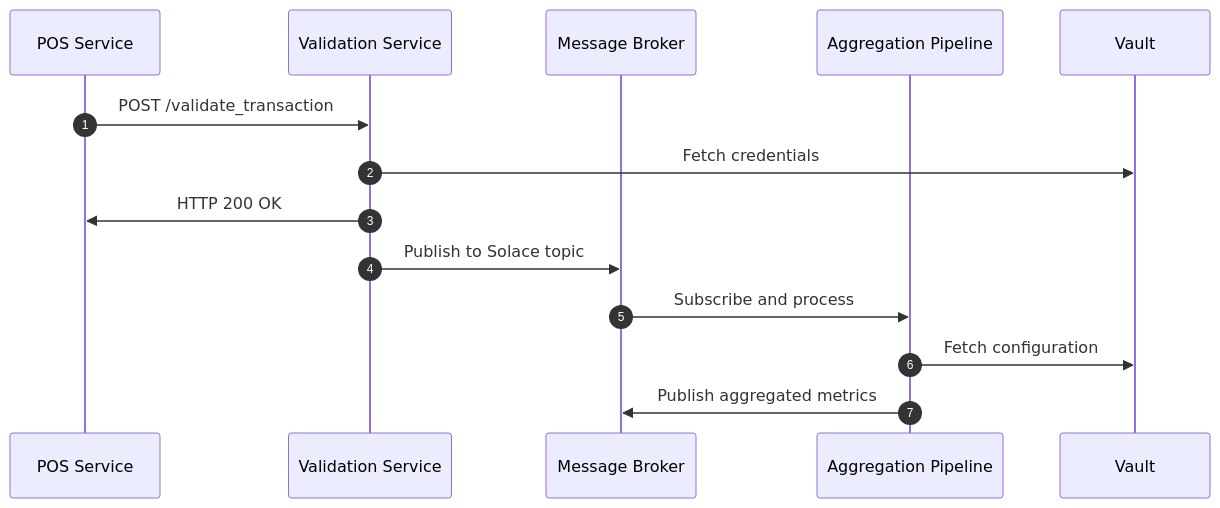
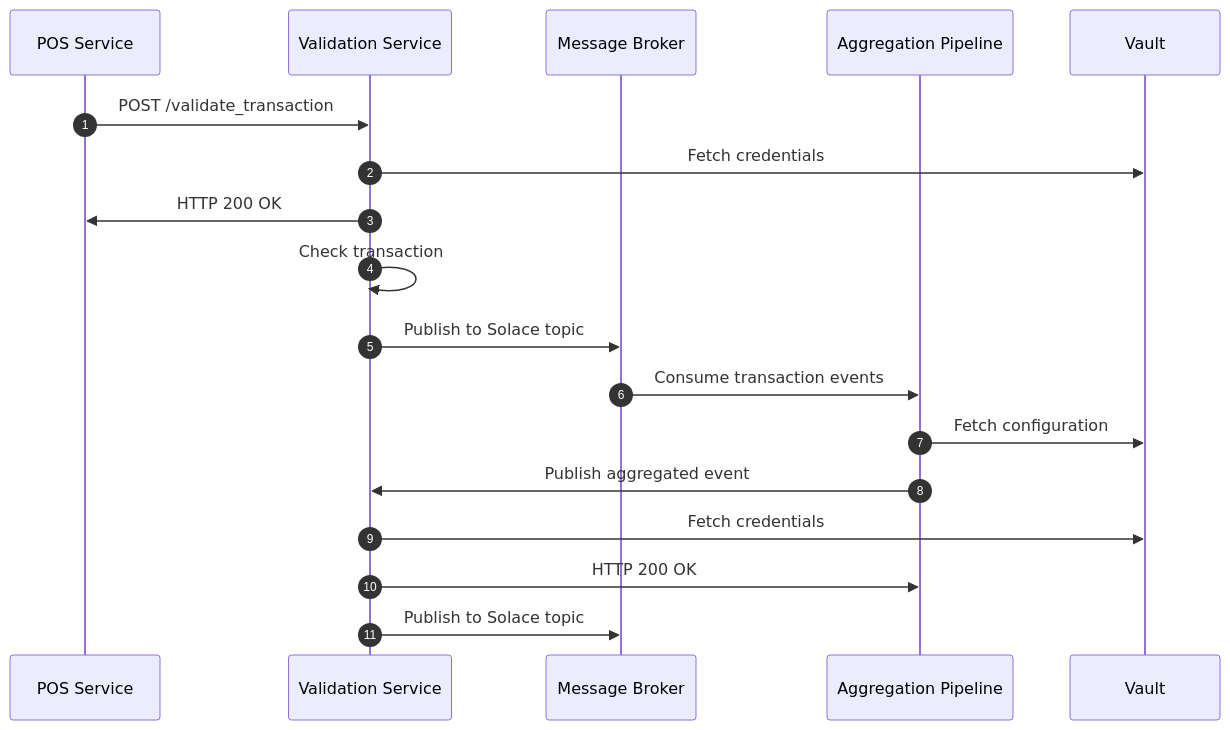
The first of 2 diagrams in README.md (Tuuliyo/DLMDWWDE), drawn with Mermaid before and after one commit. The commit also changed other lines of this file and 2 other files, not shown here.

````diff
--- a/README.md
+++ b/README.md
@@ -109,17 +101,21 @@
 ```mermaid
 sequenceDiagram
     autonumber
     participant POS as POS Service
     participant Validation as Validation Service
     participant Broker as Message Broker
     participant Aggregation as Aggregation Pipeline
     participant Vault as Vault
 
     POS->>Validation: POST /validate_transaction
     Validation->>Vault: Fetch credentials
     Validation->>POS: HTTP 200 OK
+    Validation->>Validation: Check transaction
     Validation->>Broker: Publish to Solace topic
-    Broker->>Aggregation: Subscribe and process
+    Broker->>Aggregation: Consume transaction events
     Aggregation->>Vault: Fetch configuration
-    Aggregation->>Broker: Publish aggregated metrics
+    Aggregation->>Validation: Publish aggregated event
+    Validation->>Vault: Fetch credentials
+    Validation->>Aggregation: HTTP 200 OK
+    Validation->>Broker: Publish to Solace topic
 ```
````
